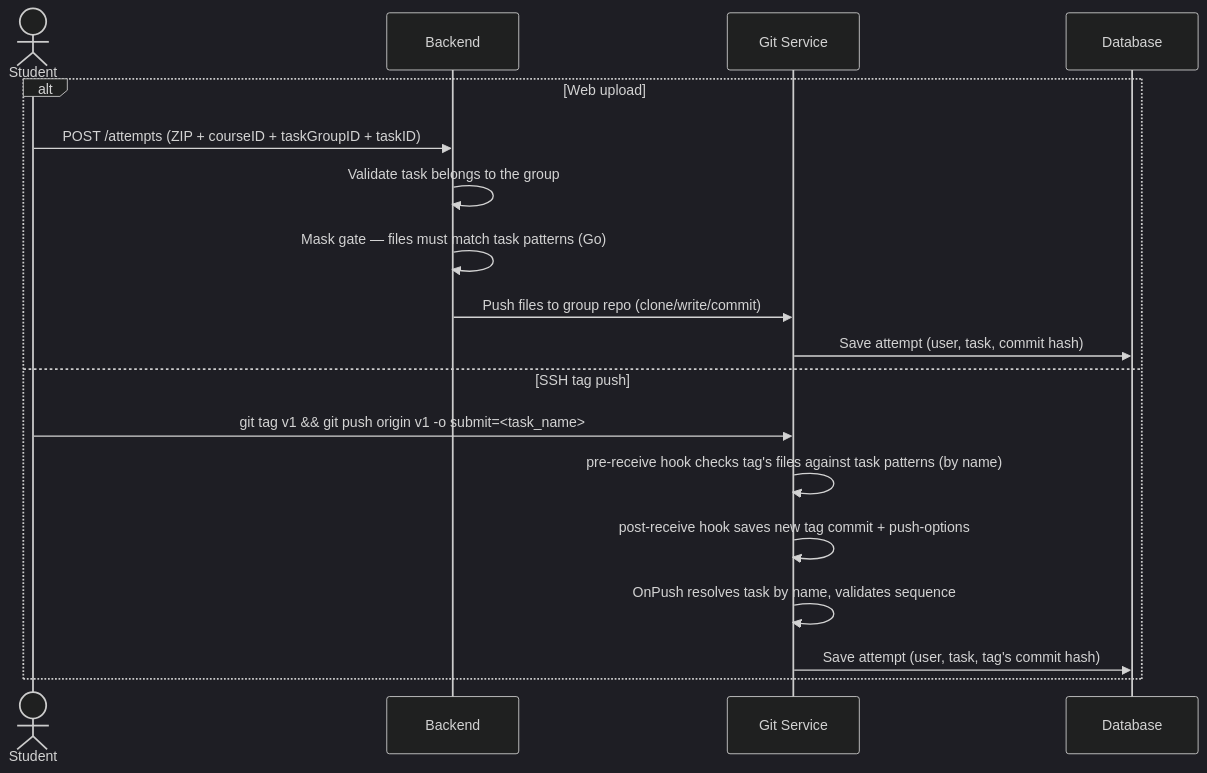
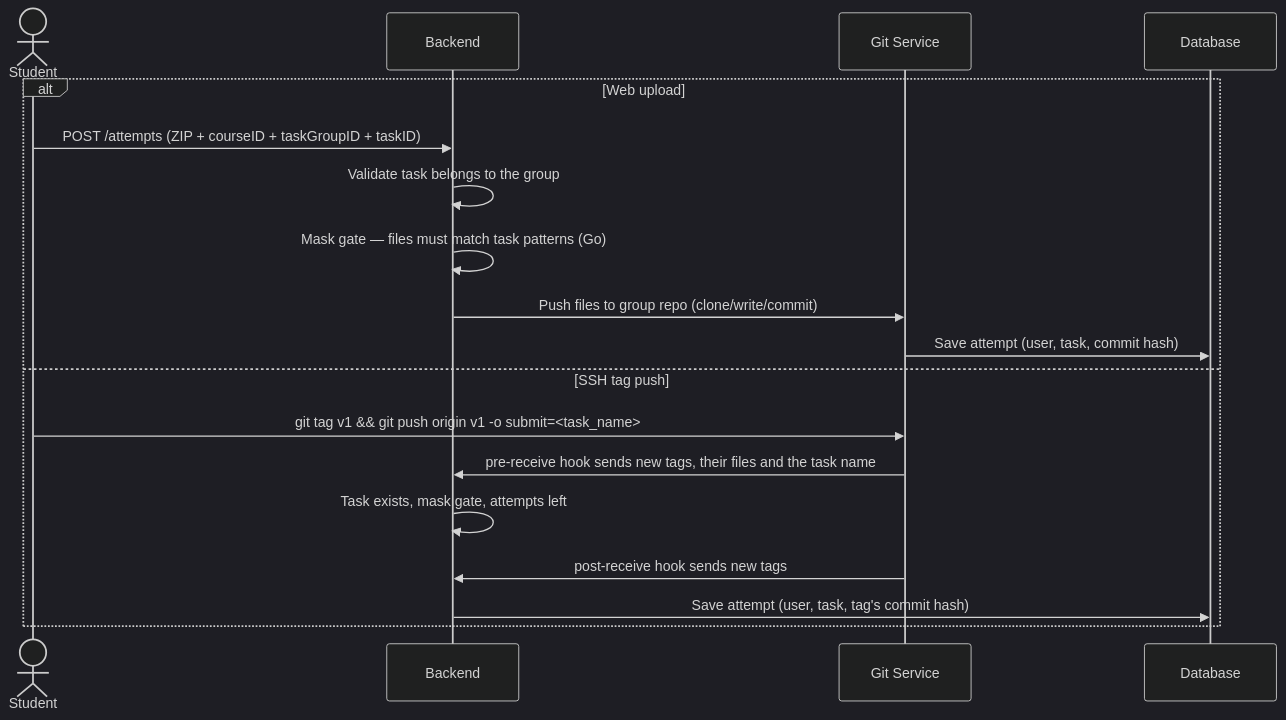
The diagram in internal/attempts/README.md (dsc-sgu/mm-backend), drawn with Mermaid (dark theme) before and after one commit. The commit also changed other lines of this file and 15 other files, not shown here.

First line of the commit message:
refactor: check and record ssh pushes in the backend from git hooks

````diff
--- a/internal/attempts/README.md
+++ b/internal/attempts/README.md
@@ -29,21 +29,21 @@
 ```mermaid
 sequenceDiagram
     actor Student
     participant Backend
     participant Git as Git Service
     participant DB as Database
 
     alt Web upload
         Student->>Backend: POST /attempts (ZIP + courseID + taskGroupID + taskID)
         Backend->>Backend: Validate task belongs to the group
         Backend->>Backend: Mask gate — files must match task patterns (Go)
         Backend->>Git: Push files to group repo (clone/write/commit)
         Git->>DB: Save attempt (user, task, commit hash)
     else SSH tag push
         Student->>Git: git tag v1 && git push origin v1 -o submit=<task_name>
-        Git->>Git: pre-receive hook checks tag's files against task patterns (by name)
-        Git->>Git: post-receive hook saves new tag commit + push-options
-        Git->>Git: OnPush resolves task by name, validates sequence
-        Git->>DB: Save attempt (user, task, tag's commit hash)
+        Git->>Backend: pre-receive hook sends new tags, their files and the task name
+        Backend->>Backend: Task exists, mask gate, attempts left
+        Git->>Backend: post-receive hook sends new tags
+        Backend->>DB: Save attempt (user, task, tag's commit hash)
     end
 ```
````
